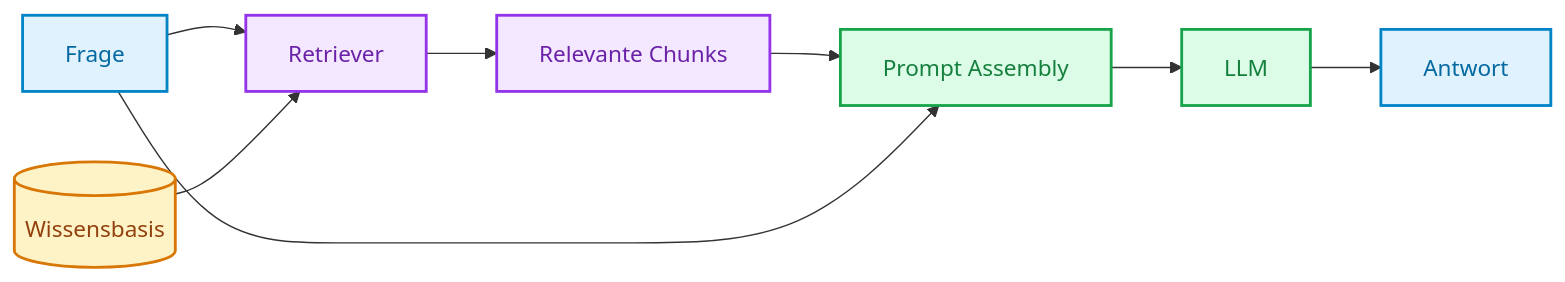
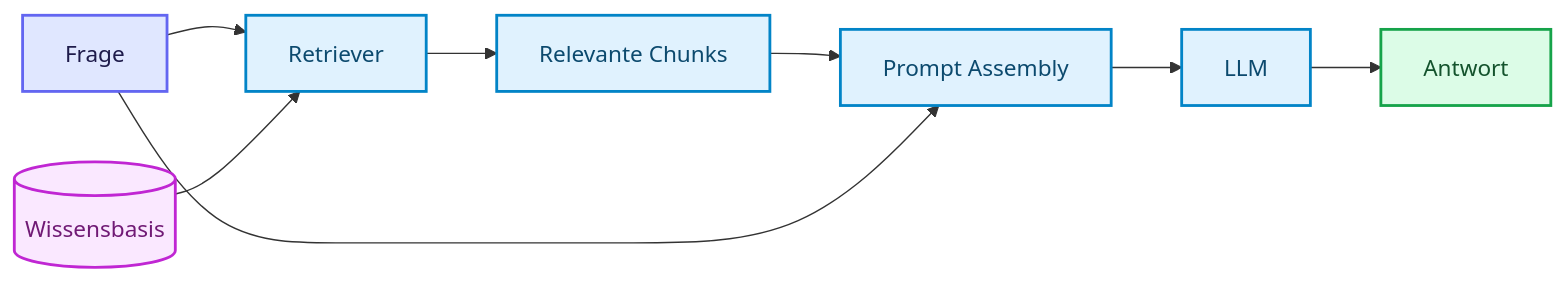
Before and after one commit to ralf-42/Agenten: the first of 2 diagrams in docs/04-agenten-implementierung/kontext-wissen/long-context-cag.md, drawn with Mermaid. The commit also changed other lines of this file and 7 other files, not shown here.

````diff
--- a/docs/04-agenten-implementierung/kontext-wissen/long-context-cag.md
+++ b/docs/04-agenten-implementierung/kontext-wissen/long-context-cag.md
@@ -66,26 +66,25 @@
 ```mermaid
 flowchart LR
-    %% Definition der Farbklassen
-    classDef input fill:#e0f2fe,stroke:#0284c7,stroke-width:2px,color:#0369a1;
-    classDef storage fill:#fef3c7,stroke:#d97706,stroke-width:2px,color:#92400e;
-    classDef retrieval fill:#f3e8ff,stroke:#9333ea,stroke-width:2px,color:#6b21a8;
-    classDef generation fill:#dcfce7,stroke:#16a34a,stroke-width:2px,color:#15803d;
+    classDef default fill:#e0f2fe,stroke:#0284c7,stroke-width:2px,color:#0c4a6e;
+    classDef input fill:#e0e7ff,stroke:#6366f1,stroke-width:2px,color:#1e1b4b;
+    classDef output fill:#dcfce7,stroke:#16a34a,stroke-width:2px,color:#14532d;
+    classDef target fill:#fae8ff,stroke:#c026d3,stroke-width:2px,color:#701a75;
 
     %% Knoten
     Q[Frage]:::input
-    KB[(Wissensbasis)]:::storage
-    R[Retriever]:::retrieval
-    C[Relevante Chunks]:::retrieval
-    P[Prompt Assembly]:::generation
-    LLM[LLM]:::generation
-    A[Antwort]:::input
+    KB[(Wissensbasis)]:::target
+    R[Retriever]
+    C[Relevante Chunks]
+    P[Prompt Assembly]
+    LLM[LLM]
+    A[Antwort]:::output
 
     %% Kanten
     Q --> R
     KB --> R
     R --> C
     C --> P
     Q --> P
     P --> LLM
     LLM --> A
 ```
````
